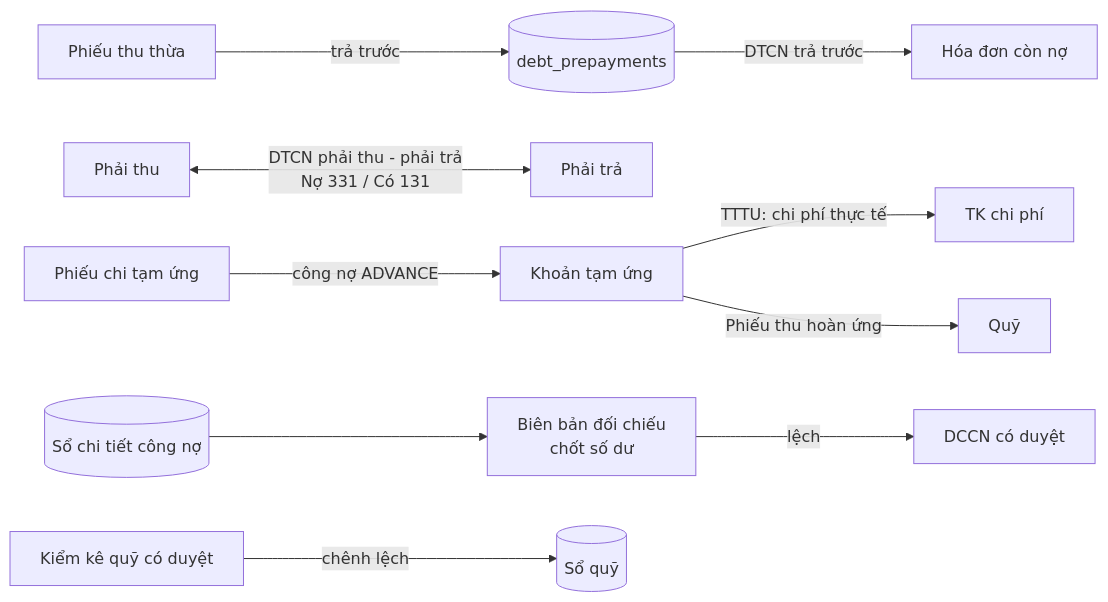
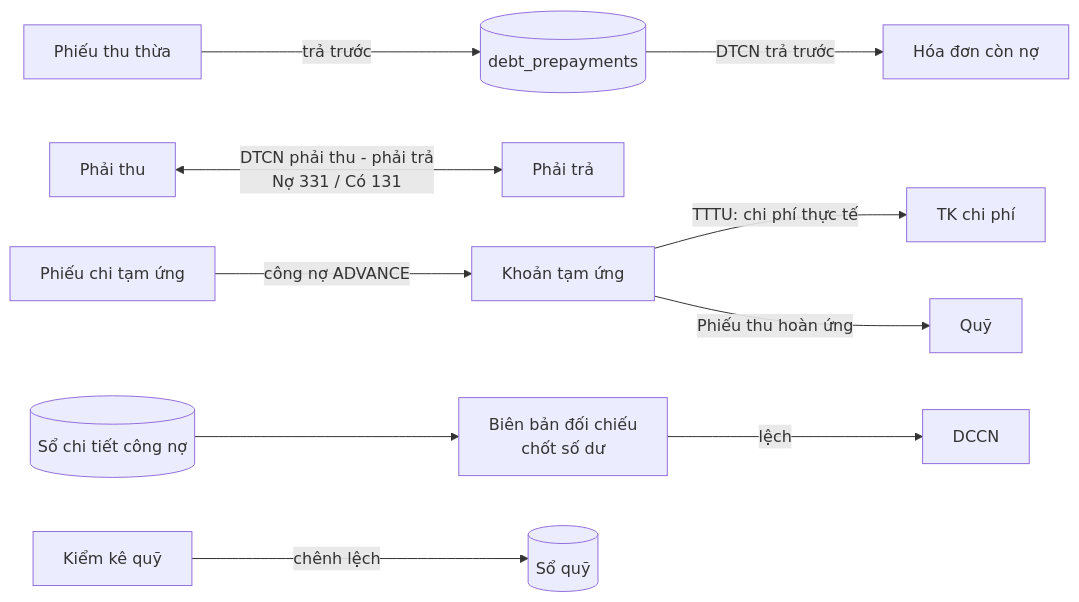
One commit to haict/pqb_ai changed the tenth of 13 diagrams in inventory-management-ai-skeleton/docs/05-workflow.md. Above: the diagram before and after it, drawn with Mermaid. The commit also changed other lines of this file and 225 other files, not shown here.

````diff
--- a/inventory-management-ai-skeleton/docs/05-workflow.md
+++ b/inventory-management-ai-skeleton/docs/05-workflow.md
@@ -166,12 +159,12 @@
 ```mermaid
 flowchart LR
     PT[Phiếu thu thừa] -->|trả trước| PP[(debt_prepayments)]
     PP -->|DTCN trả trước| HD[Hóa đơn còn nợ]
     AR[Phải thu] <-->|DTCN phải thu - phải trả<br/>Nợ 331 / Có 131| AP[Phải trả]
     PC[Phiếu chi tạm ứng] -->|công nợ ADVANCE| TU[Khoản tạm ứng]
     TU -->|TTTU: chi phí thực tế| CP[TK chi phí]
     TU -->|Phiếu thu hoàn ứng| Q[Quỹ]
     SL[(Sổ chi tiết công nợ)] --> BB[Biên bản đối chiếu<br/>chốt số dư]
-    BB -->|lệch| DC[DCCN có duyệt]
-    KK[Kiểm kê quỹ có duyệt] -->|chênh lệch| SQ[(Sổ quỹ)]
+    BB -->|lệch| DC[DCCN]
+    KK[Kiểm kê quỹ] -->|chênh lệch| SQ[(Sổ quỹ)]
 ```
````
